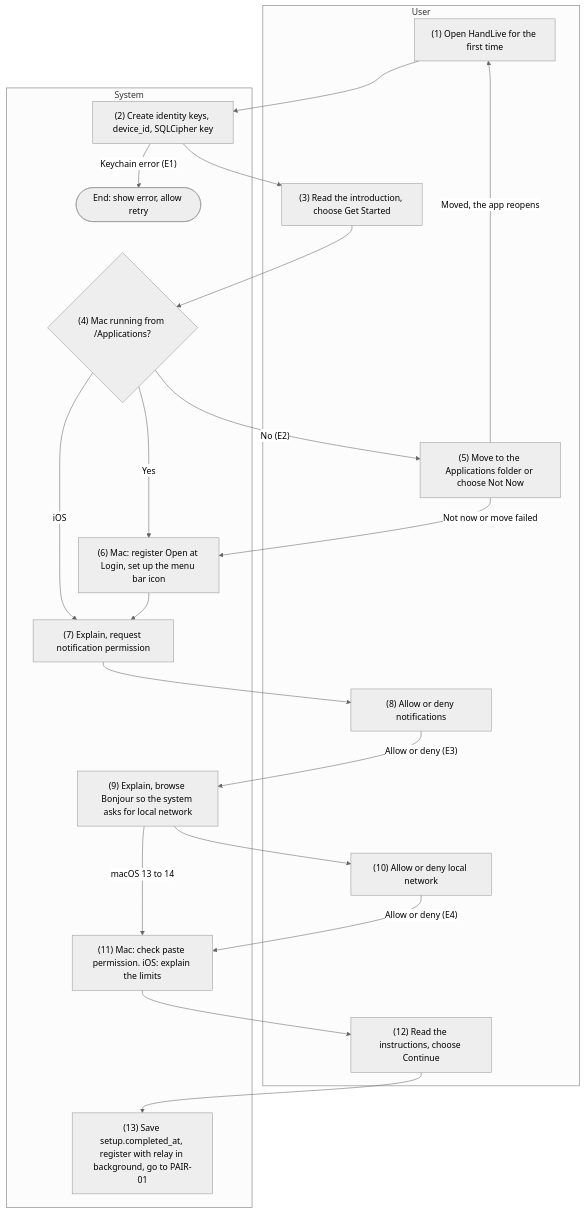
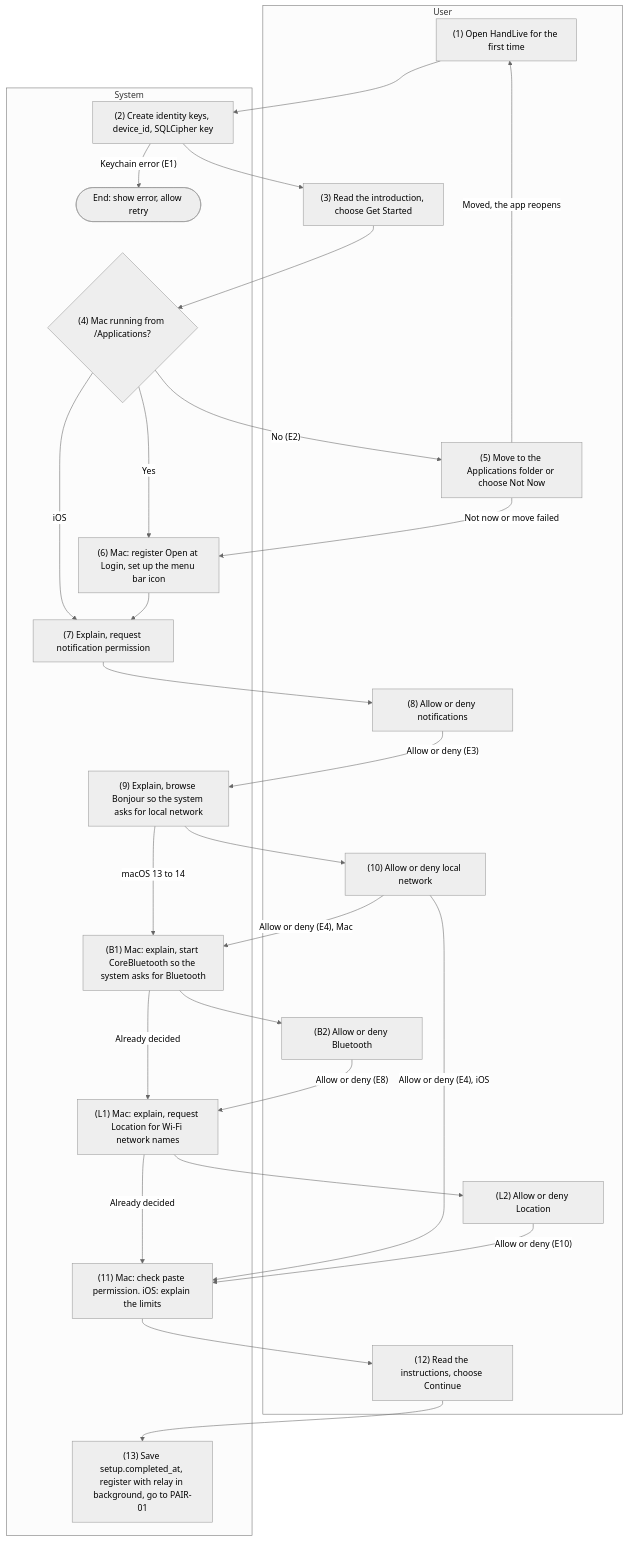
One commit to HandLive/handlive changed the third of 3 diagrams in docs/detailed-design/01-setup-settings.md. Above: the diagram before and after it, drawn with Mermaid (neutral theme). The commit also changed other lines of this file and 32 other files, not shown here.

````diff
--- a/docs/detailed-design/01-setup-settings.md
+++ b/docs/detailed-design/01-setup-settings.md
@@ -911,35 +944,46 @@
 ```mermaid
 flowchart TB
   subgraph ND["User"]
     U1["(1) Open HandLive for the first time"]
     U3["(3) Read the introduction, choose Get Started"]
     U5["(5) Move to the Applications folder or choose Not Now"]
     U8["(8) Allow or deny notifications"]
     U10["(10) Allow or deny local network"]
     U12["(12) Read the instructions, choose Continue"]
+    UB2["(B2) Allow or deny Bluetooth"]
+    UL2["(L2) Allow or deny Location"]
   end
   subgraph HT["System"]
     S2["(2) Create identity keys, device_id, SQLCipher key"]
     D4{"(4) Mac running from /Applications?"}
     S6["(6) Mac: register Open at Login, set up the menu bar icon"]
     S7["(7) Explain, request notification permission"]
     S9["(9) Explain, browse Bonjour so the system asks for local network"]
+    SB1["(B1) Mac: explain, start CoreBluetooth so the system asks for Bluetooth"]
+    SL1["(L1) Mac: explain, request Location for Wi-Fi network names"]
     S11["(11) Mac: check paste permission. iOS: explain the limits"]
     S13["(13) Save setup.completed_at, register with relay in background, go to PAIR-01"]
     X1(["End: show error, allow retry"])
   end
   U1 --> S2
   S2 -- "Keychain error (E1)" --> X1
   S2 --> U3 --> D4
   D4 -- "Yes" --> S6
   D4 -- "No (E2)" --> U5
   D4 -- "iOS" --> S7
   U5 -- "Not now or move failed" --> S6
   U5 -- "Moved, the app reopens" --> U1
   S6 --> S7 --> U8
   U8 -- "Allow or deny (E3)" --> S9
-  S9 -- "macOS 13 to 14" --> S11
+  S9 -- "macOS 13 to 14" --> SB1
   S9 --> U10
-  U10 -- "Allow or deny (E4)" --> S11
+  U10 -- "Allow or deny (E4), Mac" --> SB1
+  U10 -- "Allow or deny (E4), iOS" --> S11
+  SB1 --> UB2
+  SB1 -- "Already decided" --> SL1
+  UB2 -- "Allow or deny (E8)" --> SL1
+  SL1 --> UL2
+  SL1 -- "Already decided" --> S11
+  UL2 -- "Allow or deny (E10)" --> S11
   S11 --> U12 --> S13
 ```
````
